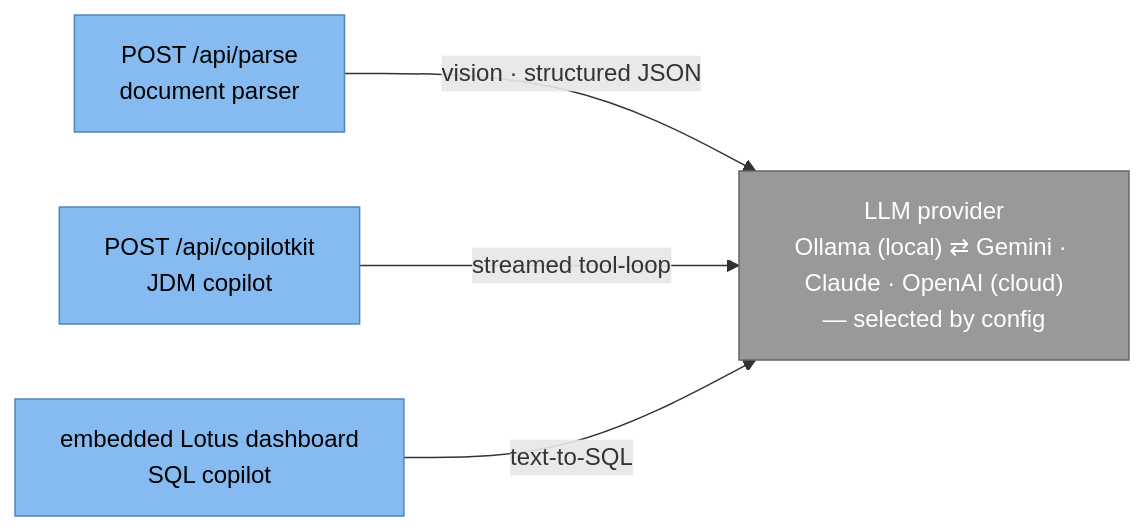
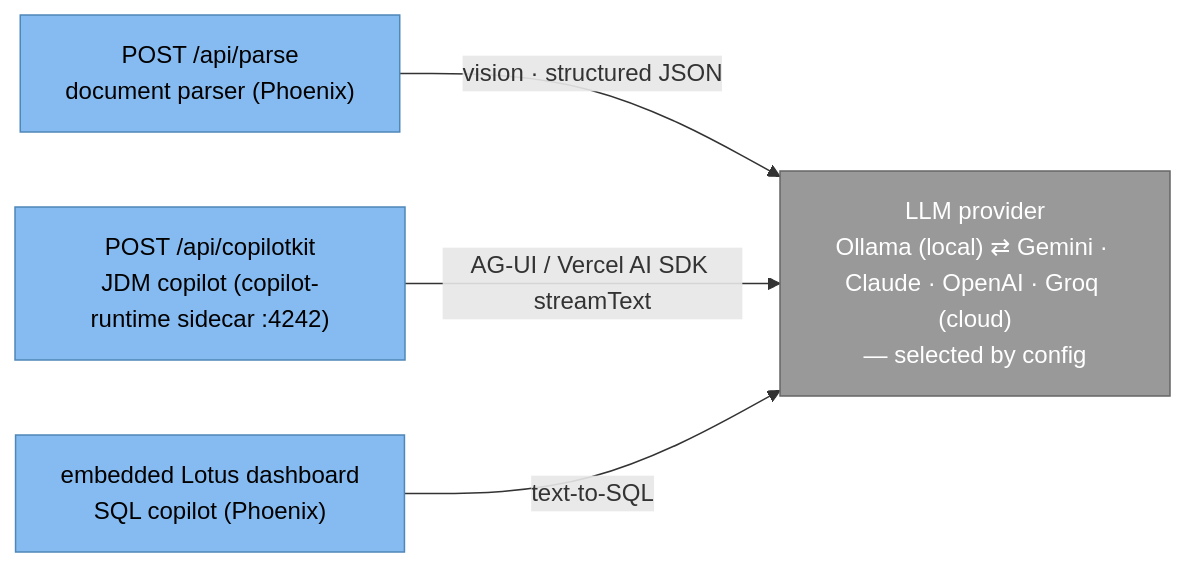
One commit to alvera-ai/atomic-fi changed the third of 3 diagrams in guides/architecture.md. Above: the diagram before and after it, drawn with Mermaid. The commit also changed other lines of this file and 4 other files, not shown here.

````diff
--- a/guides/architecture.md
+++ b/guides/architecture.md
@@ -233,15 +233,15 @@
 ```mermaid
 flowchart LR
     classDef component fill:#85bbf0,stroke:#4f87b8,color:#000
     classDef external fill:#999,stroke:#666,color:#fff
 
-    parse["POST /api/parse<br/>document parser"]:::component
-    copilot["POST /api/copilotkit<br/>JDM copilot"]:::component
-    lotus["embedded Lotus dashboard<br/>SQL copilot"]:::component
+    parse["POST /api/parse<br/>document parser (Phoenix)"]:::component
+    copilot["POST /api/copilotkit<br/>JDM copilot (copilot-runtime sidecar :4242)"]:::component
+    lotus["embedded Lotus dashboard<br/>SQL copilot (Phoenix)"]:::component
 
-    llm["LLM provider<br/>Ollama (local) ⇄ Gemini · Claude · OpenAI (cloud)<br/>— selected by config"]:::external
+    llm["LLM provider<br/>Ollama (local) ⇄ Gemini · Claude · OpenAI · Groq (cloud)<br/>— selected by config"]:::external
 
     parse   -- "vision · structured JSON" --> llm
-    copilot -- "streamed tool-loop"        --> llm
+    copilot -- "AG-UI / Vercel AI SDK streamText" --> llm
     lotus   -- "text-to-SQL"               --> llm
 ```
````
